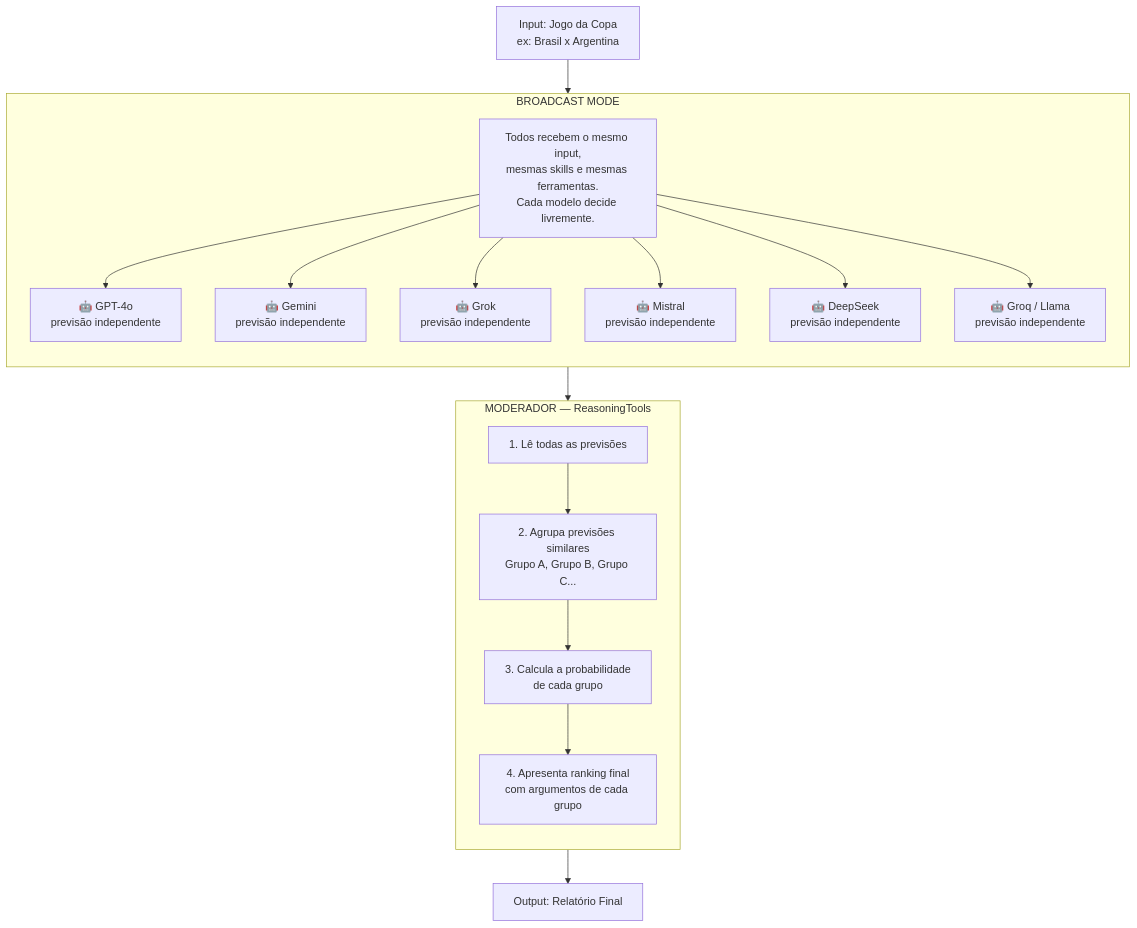
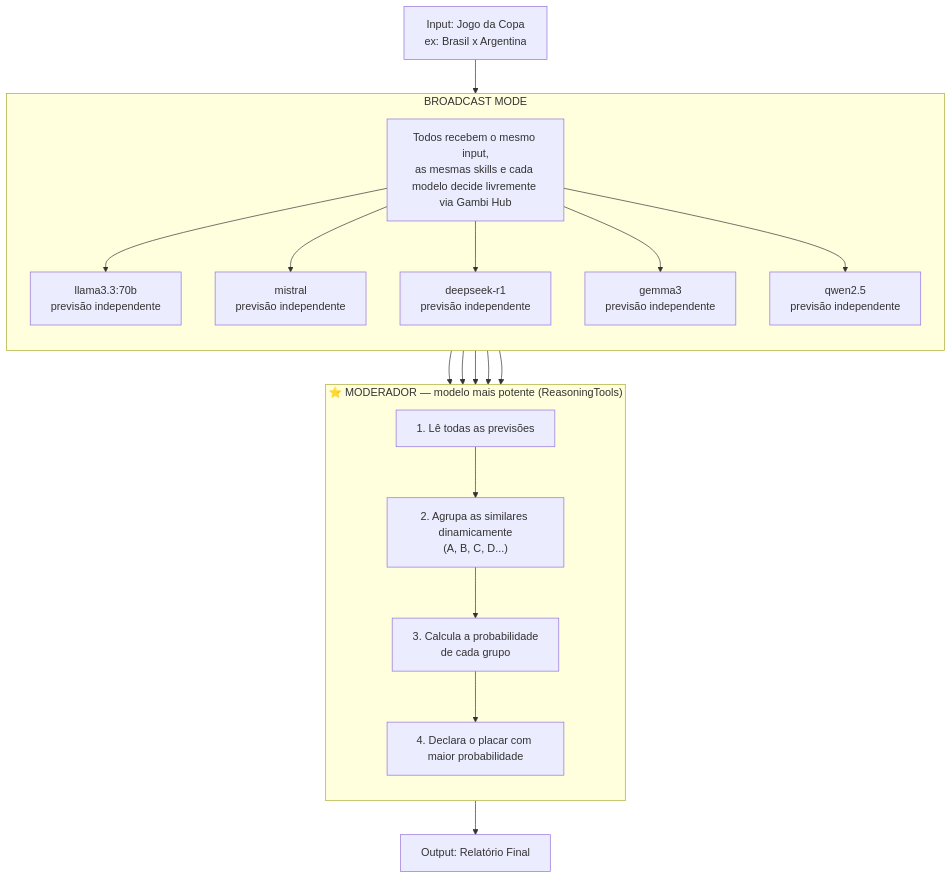
Before and after one commit to jvras58/copa-gambi: the diagram in Readme.md, drawn with Mermaid. The commit also changed other lines of this file, not shown here.

Commit message:
Refactor README to clarify architecture and improve flowchart details for World Cup Score Predictor

````diff
--- a/Readme.md
+++ b/Readme.md
@@ -9,41 +12,41 @@
 ```mermaid
 flowchart TD
-    A["Input: Jogo da Copa<br/>ex: Brasil x Argentina"]
+    A["Input: Jogo da Copa<br/>ex: Brasil x Argentina"] --> B0
 
-    A --> B
-
-    subgraph B["BROADCAST MODE"]
+    subgraph BM["BROADCAST MODE"]
         direction TB
 
-        B0["Todos recebem o mesmo input,<br/>mesmas skills e mesmas ferramentas.<br/>Cada modelo decide livremente."]
+        B0["Todos recebem o mesmo input,<br/>as mesmas skills e cada modelo decide livremente via Gambi Hub"]
 
-        B1["🤖 GPT-4o<br/>previsão independente"]
-        B2["🤖 Gemini<br/>previsão independente"]
-        B3["🤖 Grok<br/>previsão independente"]
-        B4["🤖 Mistral<br/>previsão independente"]
-        B5["🤖 DeepSeek<br/>previsão independente"]
-        B6["🤖 Groq / Llama<br/>previsão independente"]
+        B1["llama3.3:70b<br/>previsão independente"]
+        B2["mistral<br/>previsão independente"]
+        B3["deepseek-r1<br/>previsão independente"]
+        B4["gemma3<br/>previsão independente"]
+        B5["qwen2.5<br/>previsão independente"]
 
         B0 --> B1
         B0 --> B2
         B0 --> B3
         B0 --> B4
         B0 --> B5
-        B0 --> B6
     end
 
-    B --> C
+    B1 --> C1
+    B2 --> C1
+    B3 --> C1
+    B4 --> C1
+    B5 --> C1
 
-    subgraph C["MODERADOR — ReasoningTools"]
+    subgraph MOD["⭐ MODERADOR — modelo mais potente (ReasoningTools)"]
         direction TB
 
         C1["1. Lê todas as previsões"]
-        C2["2. Agrupa previsões similares<br/>Grupo A, Grupo B, Grupo C..."]
+        C2["2. Agrupa as similares dinamicamente<br/>(A, B, C, D...)"]
         C3["3. Calcula a probabilidade<br/>de cada grupo"]
-        C4["4. Apresenta ranking final<br/>com argumentos de cada grupo"]
+        C4["4. Declara o placar com maior probabilidade"]
 
         C1 --> C2 --> C3 --> C4
     end
 
-    C --> D["Output: Relatório Final"]
+    C4 --> D["Output: Relatório Final"]
 ```
````
